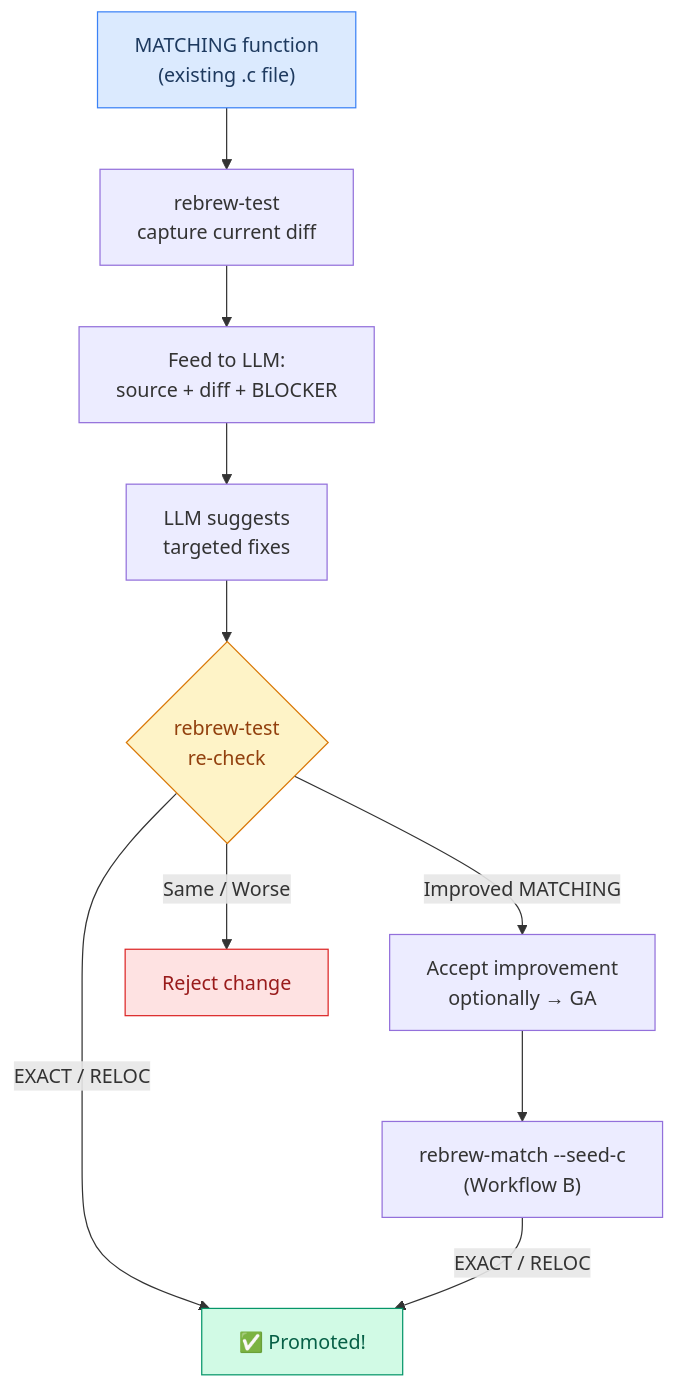
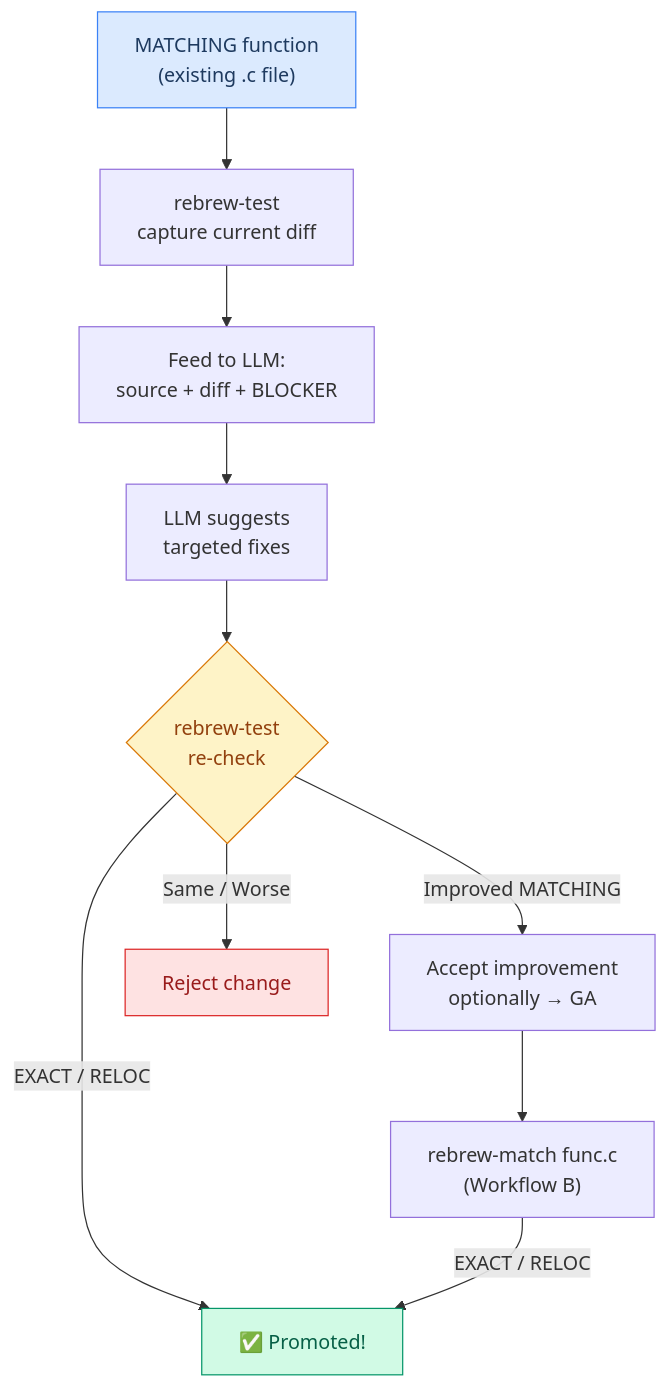
One commit to maci0/rebrew changed diagram 14 of 16 in docs/USER_STORIES.md. Above: the diagram before and after it, drawn with Mermaid. The commit also changed other lines of this file and 10 other files, not shown here.

````diff
--- a/docs/USER_STORIES.md
+++ b/docs/USER_STORIES.md
@@ -447,17 +465,17 @@
 ```mermaid
 graph TD
     A["MATCHING function<br/>(existing .c file)"] --> B["rebrew-test<br/>capture current diff"]
     B --> C["Feed to LLM:<br/>source + diff + BLOCKER"]
     C --> D["LLM suggests<br/>targeted fixes"]
     D --> E{"rebrew-test<br/>re-check"}
     E -->|"EXACT / RELOC"| F["✅ Promoted!"]
     E -->|"Improved MATCHING"| G["Accept improvement<br/>optionally → GA"]
     E -->|"Same / Worse"| H["Reject change"]
-    G --> I["rebrew-match --seed-c<br/>(Workflow B)"]
+    G --> I["rebrew-match func.c<br/>(Workflow B)"]
     I -->|"EXACT / RELOC"| F
 
     style A fill:#dbeafe,stroke:#3b82f6,color:#1e3a5f
     style F fill:#d1fae5,stroke:#059669,color:#065f46
     style H fill:#fee2e2,stroke:#dc2626,color:#991b1b
     style E fill:#fef3c7,stroke:#d97706,color:#92400e
 ```
````
